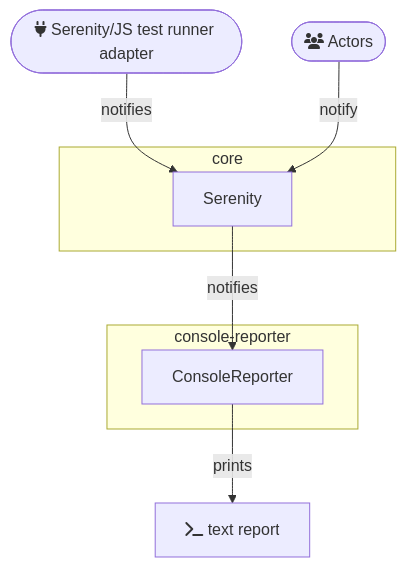
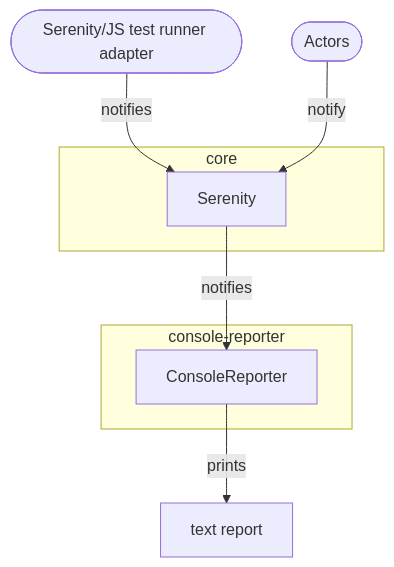
Before and after one commit to serenity-js/serenity-js: the diagram in documentation/serenity-js.org/docs/reporting/console-reporter.mdx, drawn with Mermaid. The commit also changed 2 other files, not shown here.

Commit message:
docs(website): documented ArtifactArchiver

````diff
--- a/documentation/serenity-js.org/docs/reporting/console-reporter.mdx
+++ b/documentation/serenity-js.org/docs/reporting/console-reporter.mdx
@@ -31,23 +31,26 @@
 ```mermaid
 graph TB
-    A(["fas:fa-users Actors"])
-    TRA(["fas:fa-plug Serenity/JS test runner adapter"])
+    A(["Actors"])
+    TRA(["Serenity/JS test runner adapter"])
     S["Serenity"]
     CR["ConsoleReporter"]
-    T["fas:fa-terminal text report"]
+    T["text report"]
+
     TRA -- notifies --> S
     A -- notify --> S
     S -- notifies --> CR
     CR -- prints --> T
+
     subgraph "core"
-    S
+        S
     end
     subgraph "console-reporter"
-    CR
+        CR
     end
+
     class A socket
     class TRA socket
     click A "/handbook/design/actors.html"
     click S "/modules/core/class/src/Serenity.ts~Serenity.html"
     click CR "/modules/console-reporter"
 ```
````
